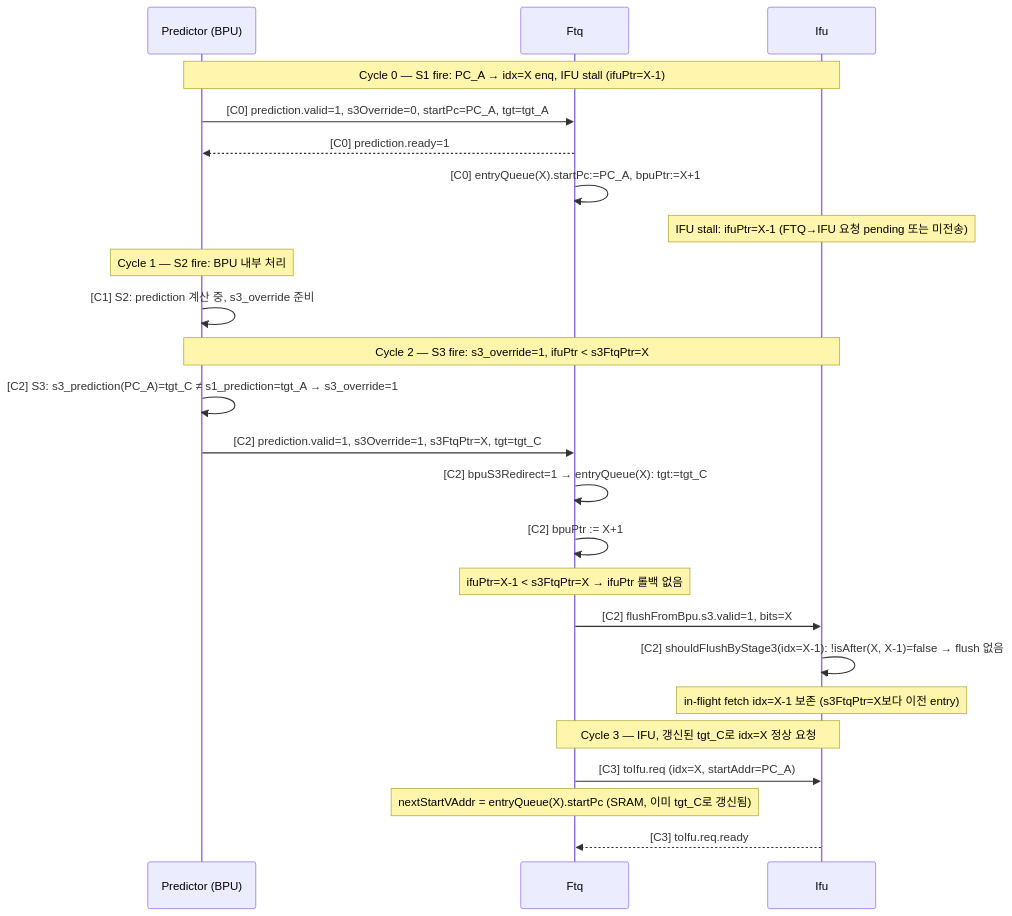
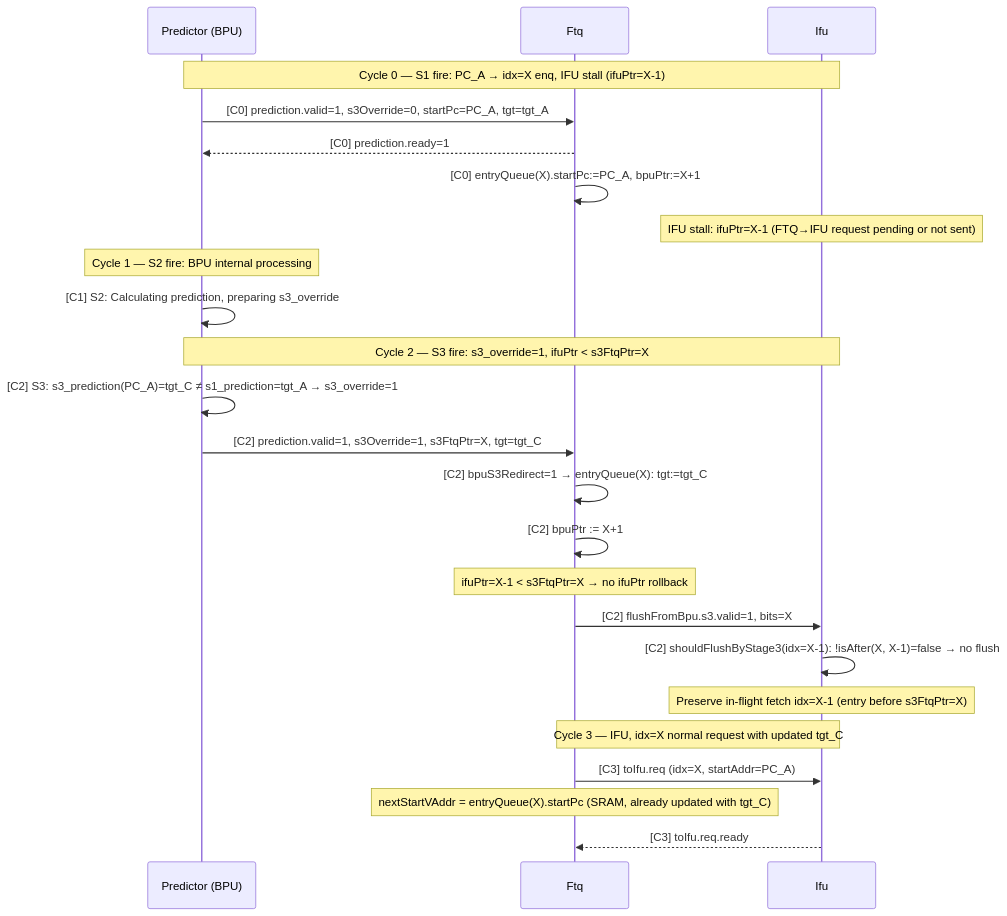
Before and after one commit to cinkeun/CPU_XS_02172026: the third of 7 diagrams in src/main/scala/xiangshan/frontend/doc/frontend_in_out_seq_diagram.md, drawn with Mermaid. The commit also changed other lines of this file and 15 other files, not shown here.

````diff
--- a/src/main/scala/xiangshan/frontend/doc/frontend_in_out_seq_diagram.md
+++ b/src/main/scala/xiangshan/frontend/doc/frontend_in_out_seq_diagram.md
@@ -188,30 +188,30 @@
 ```mermaid
 sequenceDiagram
   participant BPU as Predictor (BPU)
   participant FTQ as Ftq
   participant IFU as Ifu
 
   Note over BPU,IFU: Cycle 0 — S1 fire: PC_A → idx=X enq, IFU stall (ifuPtr=X-1)
   BPU->>FTQ: [C0] prediction.valid=1, s3Override=0, startPc=PC_A, tgt=tgt_A
   FTQ-->>BPU: [C0] prediction.ready=1
   FTQ->>FTQ: [C0] entryQueue(X).startPc:=PC_A, bpuPtr:=X+1
-  Note over IFU: IFU stall: ifuPtr=X-1 (FTQ→IFU 요청 pending 또는 미전송)
+Note over IFU: IFU stall: ifuPtr=X-1 (FTQ→IFU request pending or not sent)
 
-  Note over BPU: Cycle 1 — S2 fire: BPU 내부 처리
-  BPU->>BPU: [C1] S2: prediction 계산 중, s3_override 준비
+Note over BPU: Cycle 1 — S2 fire: BPU internal processing
+BPU->>BPU: [C1] S2: Calculating prediction, preparing s3_override
 
   Note over BPU,IFU: Cycle 2 — S3 fire: s3_override=1, ifuPtr < s3FtqPtr=X
   BPU->>BPU: [C2] S3: s3_prediction(PC_A)=tgt_C ≠ s1_prediction=tgt_A → s3_override=1
   BPU->>FTQ: [C2] prediction.valid=1, s3Override=1, s3FtqPtr=X, tgt=tgt_C
   FTQ->>FTQ: [C2] bpuS3Redirect=1 → entryQueue(X): tgt:=tgt_C
   FTQ->>FTQ: [C2] bpuPtr := X+1
-  Note over FTQ: ifuPtr=X-1 < s3FtqPtr=X → ifuPtr 롤백 없음
+Note over FTQ: ifuPtr=X-1 < s3FtqPtr=X → no ifuPtr rollback
   FTQ->>IFU: [C2] flushFromBpu.s3.valid=1, bits=X
-  IFU->>IFU: [C2] shouldFlushByStage3(idx=X-1): !isAfter(X, X-1)=false → flush 없음
-  Note over IFU: in-flight fetch idx=X-1 보존 (s3FtqPtr=X보다 이전 entry)
+IFU->>IFU: [C2] shouldFlushByStage3(idx=X-1): !isAfter(X, X-1)=false → no flush
+Note over IFU: Preserve in-flight fetch idx=X-1 (entry before s3FtqPtr=X)
 
-  Note over FTQ,IFU: Cycle 3 — IFU, 갱신된 tgt_C로 idx=X 정상 요청
+Note over FTQ,IFU: Cycle 3 — IFU, idx=X normal request with updated tgt_C
   FTQ->>IFU: [C3] toIfu.req (idx=X, startAddr=PC_A)
-  Note over FTQ: nextStartVAddr = entryQueue(X).startPc (SRAM, 이미 tgt_C로 갱신됨)
+Note over FTQ: nextStartVAddr = entryQueue(X).startPc (SRAM, already updated with tgt_C)
   IFU-->>FTQ: [C3] toIfu.req.ready
 ```
````
